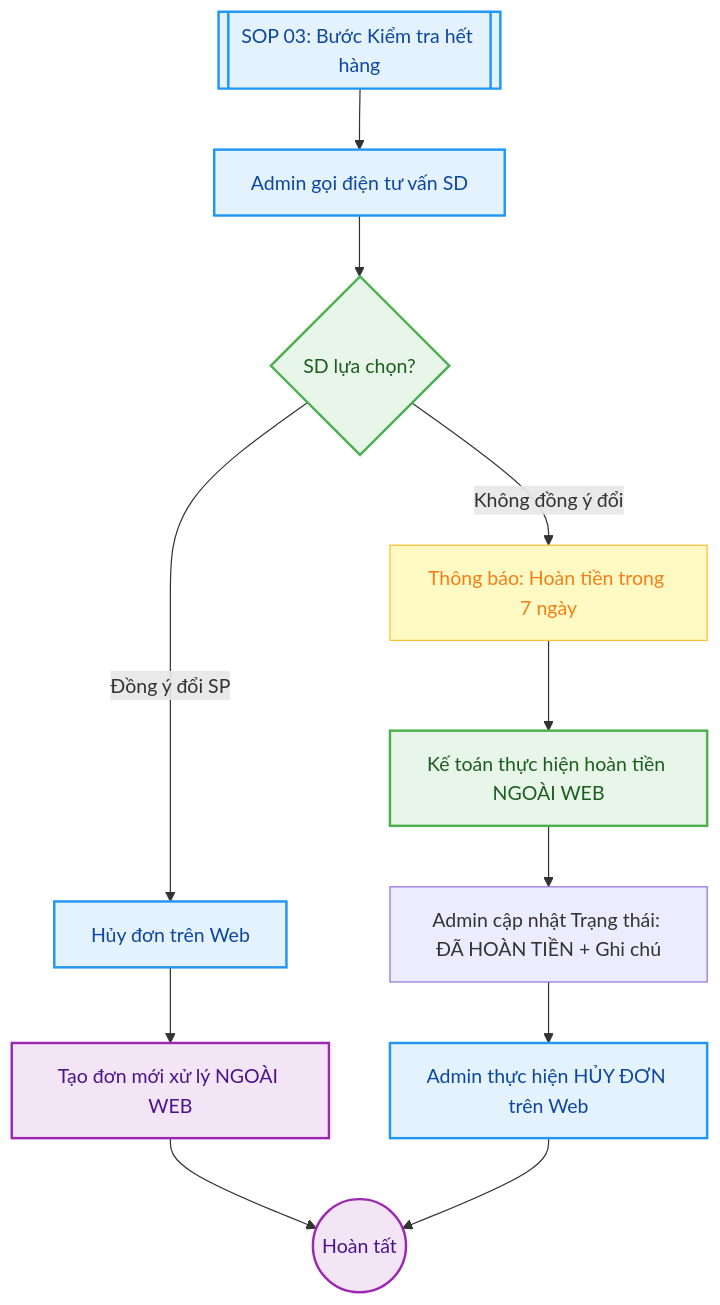
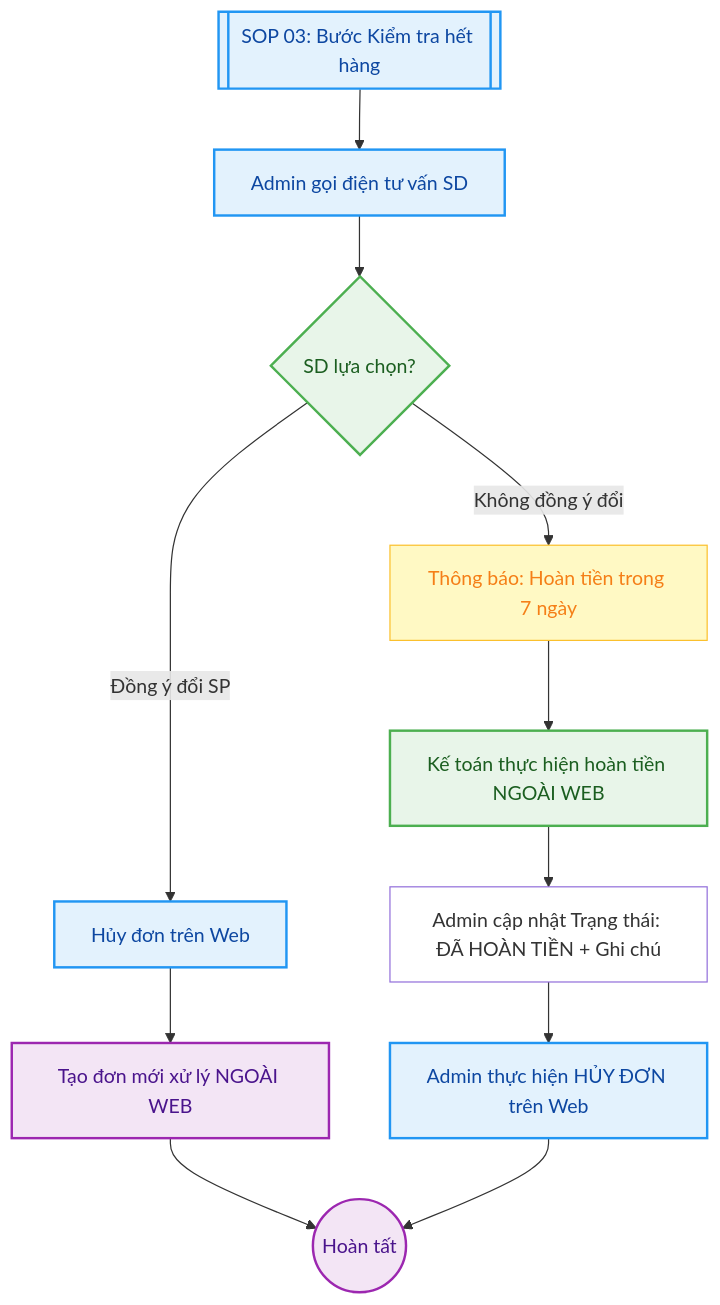
The diagram in src/site/notes/01_TONG_QUAN_LY_DU_AN/2_PHONG_VAN_HANH/SOP_3_Huy_Don_Het_Hang.md (babaduoc/digitalgarden), drawn with Mermaid before and after one commit. The commit also changed other lines of this file, not shown here.

````diff
--- a/src/site/notes/01_TONG_QUAN_LY_DU_AN/2_PHONG_VAN_HANH/SOP_3_Huy_Don_Het_Hang.md
+++ b/src/site/notes/01_TONG_QUAN_LY_DU_AN/2_PHONG_VAN_HANH/SOP_3_Huy_Don_Het_Hang.md
@@ -34,30 +22,31 @@
 ```mermaid
+%%{init: { "themeVariables": {"background": "transparent", "mainBkg": "transparent"}}}%%
 graph TD
     %% Định nghĩa bảng màu Pastel nguyên bản (Style Hôm Qua) %%
     classDef admin fill:#E3F2FD,stroke:#2196F3,stroke-width:2px,color:#0D47A1;
     classDef acc fill:#E8F5E9,stroke:#4CAF50,stroke-width:2px,color:#1B5E20;
     classDef sd fill:#F3E5F5,stroke:#9C27B0,stroke-width:2px,color:#4A148C;
     classDef highlight fill:#FFF9C4,stroke:#FBC02D,stroke-width:1px,color:#F57F17;
 
     Start[[SOP 03: Bước Kiểm tra hết hàng]] --> Admin_Call[Admin gọi điện tư vấn SD]
     click Start "/01-tong-quan-ly-du-an/2-phong-van-hanh/sop-2-xu-ly-don-hang-chuan/"
     
     Admin_Call --> SD_Choice{SD lựa chọn?}
     
     %% Nhánh 1: Đổi sản phẩm %%
     SD_Choice -- "Đồng ý đổi SP" --> Web_Cancel_1[Hủy đơn trên Web]
     Web_Cancel_1 --> Offline_Order[Tạo đơn mới xử lý NGOÀI WEB]
     Offline_Order --> End((Hoàn tất))
 
     %% Nhánh 2: Hủy đơn & Hoàn tiền %%
     SD_Choice -- "Không đồng ý đổi" --> Inform_Refund[Thông báo: Hoàn tiền trong 7 ngày]
     Inform_Refund --> Acc_Process[Kế toán thực hiện hoàn tiền NGOÀI WEB]
     Acc_Process --> Admin_Web_Update[Admin cập nhật Trạng thái: ĐÃ HOÀN TIỀN + Ghi chú]
     Admin_Web_Update --> Web_Cancel_2[Admin thực hiện HỦY ĐƠN trên Web]
     Web_Cancel_2 --> End
 
     class Start,Admin_Call,Web_Cancel_1,Web_Cancel_2 admin;
     class Acc_Process,SD_Choice acc;
     class Offline_Order,End sd;
     class Inform_Refund highlight;
 ```
````
